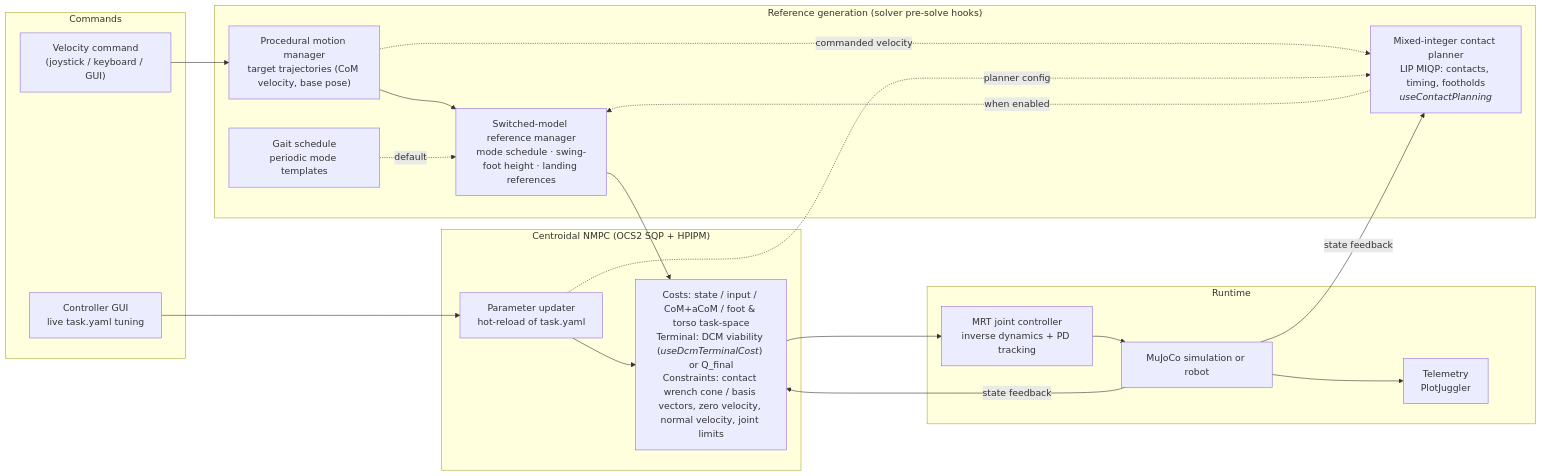
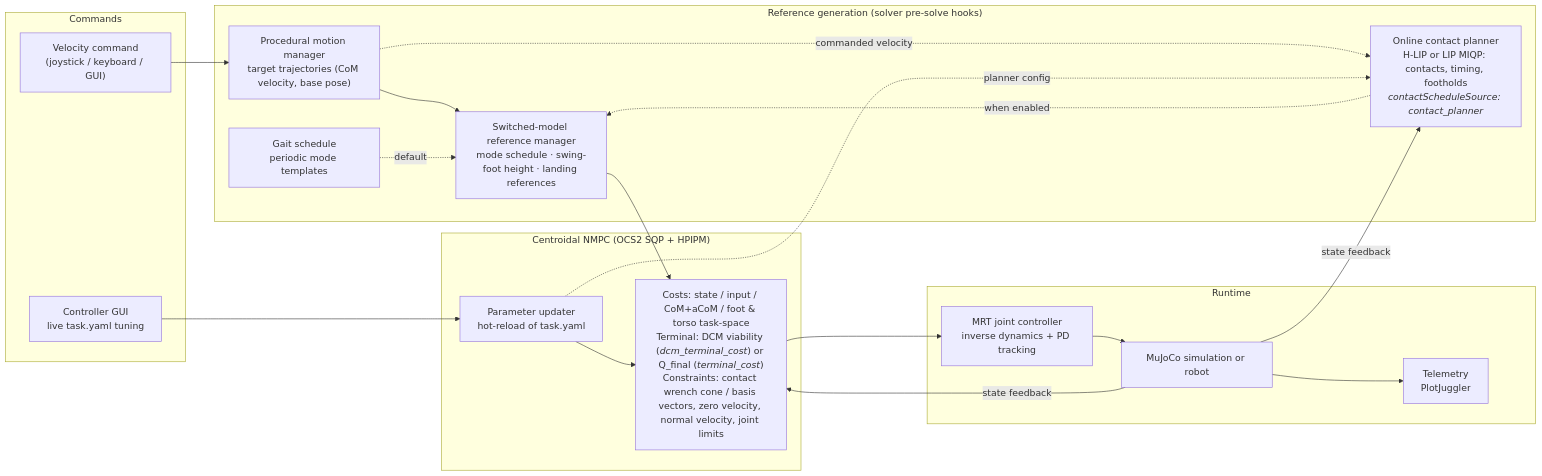
One commit to nicholaspalomo/wb_humanoid_mpc changed the diagram in README.md. Above: the diagram before and after it, drawn with Mermaid. The commit also changed other lines of this file and 549 other files, not shown here.

````diff
--- a/README.md
+++ b/README.md
@@ -21,40 +21,40 @@
 ```mermaid
 flowchart LR
     subgraph cmd["Commands"]
         VEL["Velocity command<br/>(joystick / keyboard / GUI)"]
         GUI["Controller GUI<br/>live task.yaml tuning"]
     end
 
     subgraph ref["Reference generation (solver pre-solve hooks)"]
         MM["Procedural motion manager<br/>target trajectories (CoM velocity, base pose)"]
         GS["Gait schedule<br/>periodic mode templates"]
-        CP["Mixed-integer contact planner<br/>LIP MIQP: contacts, timing, footholds<br/><i>useContactPlanning</i>"]
+        CP["Online contact planner<br/>H-LIP or LIP MIQP: contacts, timing, footholds<br/><i>contactScheduleSource: contact_planner</i>"]
         RM["Switched-model reference manager<br/>mode schedule · swing-foot height · landing references"]
     end
 
     subgraph mpc["Centroidal NMPC (OCS2 SQP + HPIPM)"]
-        OCP["Costs: state / input / CoM+aCoM / foot & torso task-space<br/>Terminal: DCM viability (<i>useDcmTerminalCost</i>) or Q_final<br/>Constraints: contact wrench cone / basis vectors, zero velocity, normal velocity, joint limits"]
+        OCP["Costs: state / input / CoM+aCoM / foot & torso task-space<br/>Terminal: DCM viability (<i>dcm_terminal_cost</i>) or Q_final (<i>terminal_cost</i>)<br/>Constraints: contact wrench cone / basis vectors, zero velocity, normal velocity, joint limits"]
         UPD["Parameter updater<br/>hot-reload of task.yaml"]
     end
 
     subgraph rt["Runtime"]
         MRT["MRT joint controller<br/>inverse dynamics + PD tracking"]
         SIM["MuJoCo simulation or robot"]
         TEL["Telemetry<br/>PlotJuggler"]
     end
 
     VEL --> MM
     MM --> RM
     GS -. "default" .-> RM
     CP -. "when enabled" .-> RM
     MM -. "commanded velocity" .-> CP
     RM --> OCP
     OCP --> MRT
     MRT --> SIM
     SIM -- "state feedback" --> OCP
     SIM -- "state feedback" --> CP
     GUI --> UPD
     UPD --> OCP
     UPD -. "planner config" .-> CP
     SIM --> TEL
 ```
````
